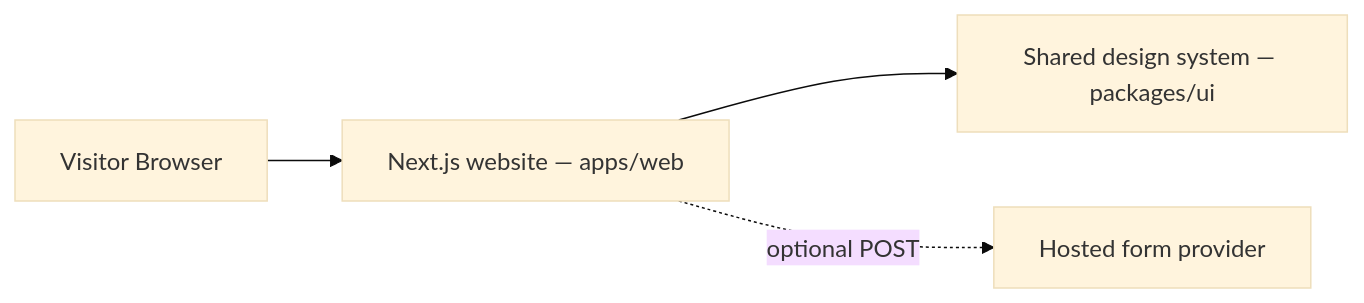
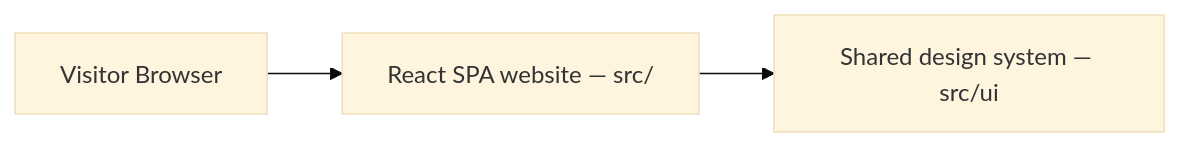
One commit to TahaSohail-Goat/ATS changed the diagram in docs/architecture/system-architecture.md. Above: the diagram before and after it, drawn with Mermaid (base theme). The commit also changed other lines of this file and 17 other files, not shown here.

Commit message:
docs: update all documentation files to reflect Vite and React Router architecture

````diff
--- a/docs/architecture/system-architecture.md
+++ b/docs/architecture/system-architecture.md
@@ -8,6 +7,5 @@
 ```mermaid
 flowchart LR
-    Visitor[Visitor Browser] --> Web[Next.js website — apps/web]
-    Web --> UI[Shared design system — packages/ui]
-    Web -. optional POST .-> Form[Hosted form provider]
+    Visitor[Visitor Browser] --> Web[React SPA website — src/]
+    Web --> UI[Shared design system — src/ui]
 ```
````
